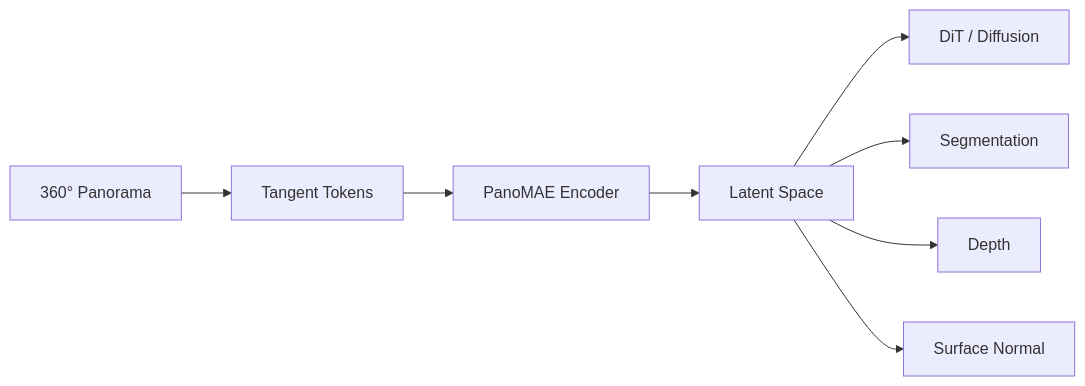
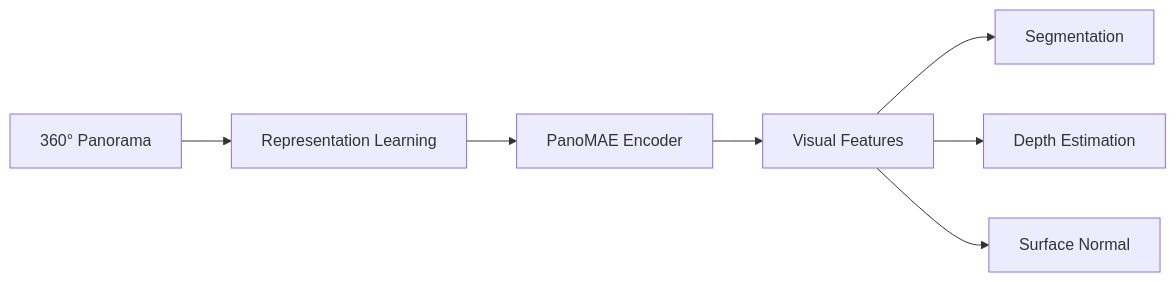
Before and after one commit to shengruduzhou/shengruduzhou: the diagram in README.md, drawn with Mermaid. The commit also changed other lines of this file, not shown here.

````diff
--- a/README.md
+++ b/README.md
@@ -50,10 +77,9 @@
 ```mermaid
 flowchart LR
-    A[360° Panorama] --> B[Tangent Tokens]
+    A[360° Panorama] --> B[Representation Learning]
     B --> C[PanoMAE Encoder]
-    C --> D[Latent Space]
-    D --> E[DiT / Diffusion]
-    D --> F[Segmentation]
-    D --> G[Depth]
-    D --> H[Surface Normal]
+    C --> D[Visual Features]
+    D --> E[Segmentation]
+    D --> F[Depth Estimation]
+    D --> G[Surface Normal]
 ```
````
